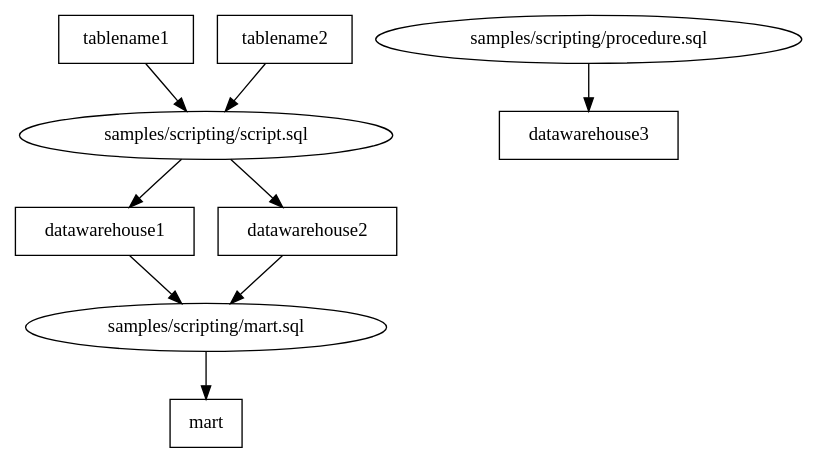
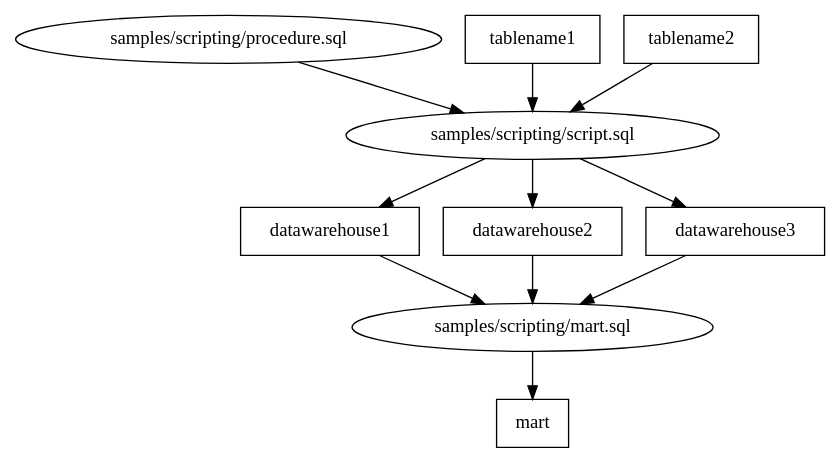
Before and after one commit to Matts966/alphasql: the diagram in samples/scripting/with_tables/dag.dot, drawn with Graphviz. The commit also changed 23 other files, not shown here.

```diff
--- a/samples/scripting/with_tables/dag.dot
+++ b/samples/scripting/with_tables/dag.dot
@@ -1,19 +1,21 @@
 digraph G {
 0 [label="samples/scripting/mart.sql", shape="", type=query];
 1 [label="samples/scripting/procedure.sql", shape="", type=query];
 2 [label="samples/scripting/script.sql", shape="", type=query];
 3 [label=datawarehouse1, shape=box, type=table];
 4 [label=datawarehouse2, shape=box, type=table];
 5 [label=datawarehouse3, shape=box, type=table];
 6 [label=mart, shape=box, type=table];
 7 [label=tablename1, shape=box, type=table];
 8 [label=tablename2, shape=box, type=table];
 0->6 ;
-1->5 ;
+1->2 ;
 2->3 ;
 2->4 ;
+2->5 ;
 3->0 ;
 4->0 ;
+5->0 ;
 7->2 ;
 8->2 ;
 }
```
